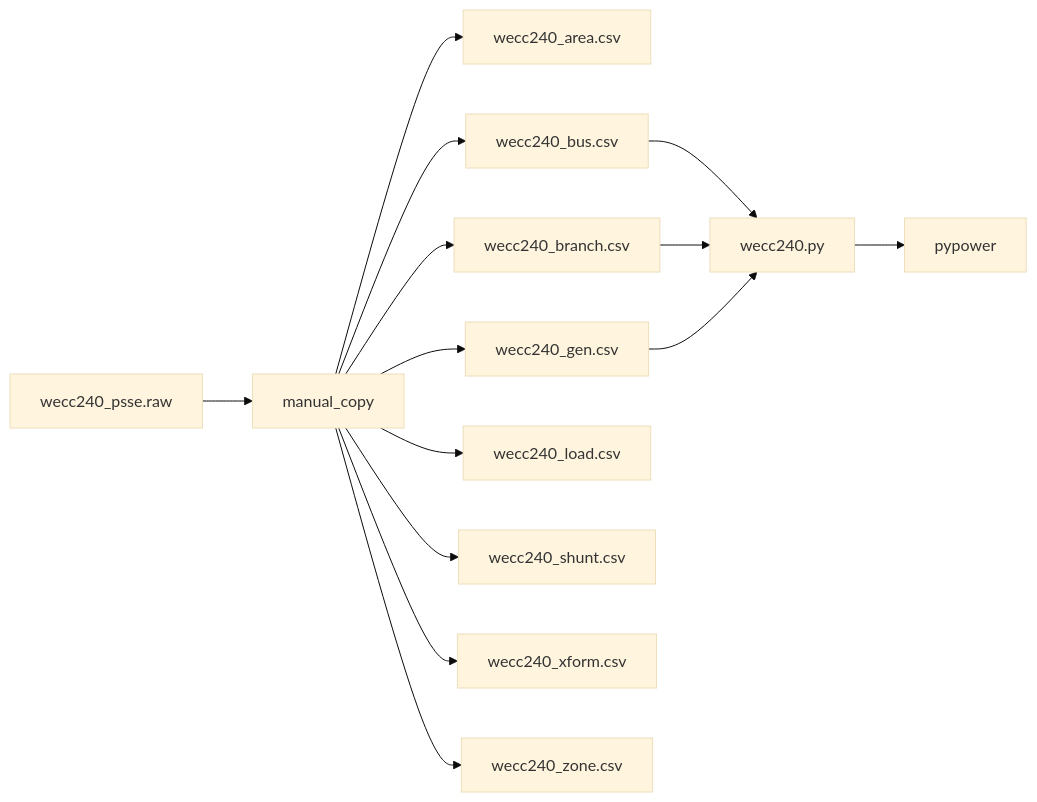
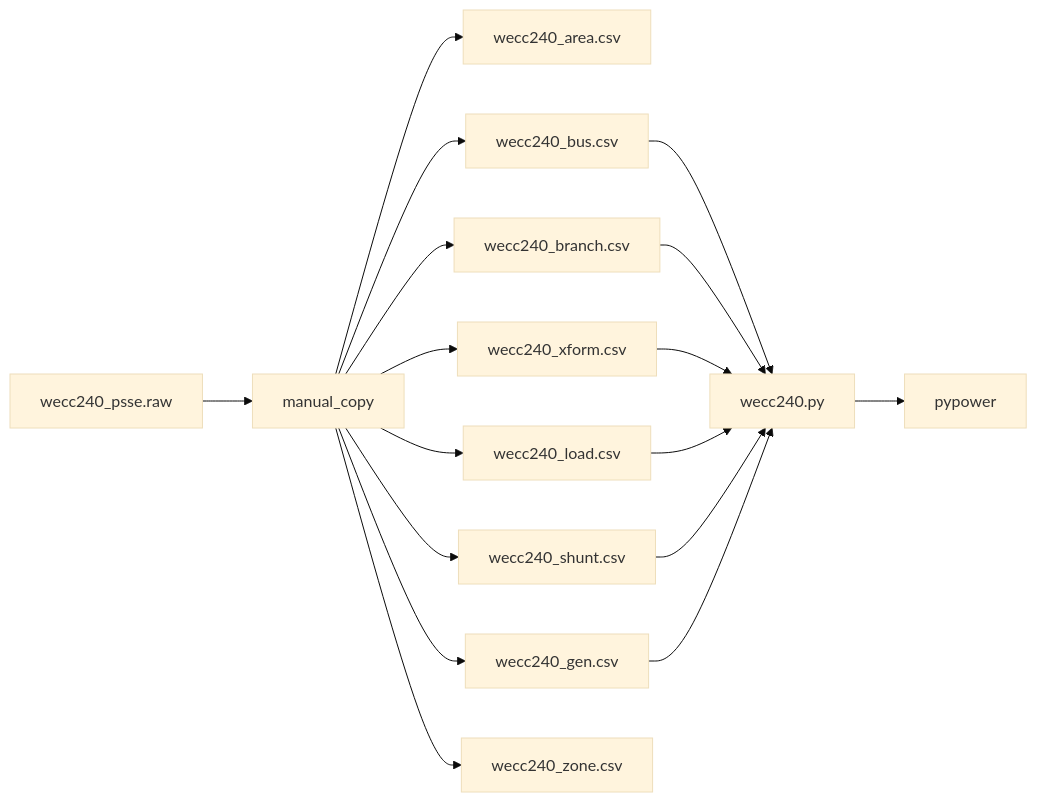
One commit to slacgismo/regrow changed the diagram in pypower/README.md. Above: the diagram before and after it, drawn with Mermaid (base theme). The commit also changed 9 other files, not shown here.

````diff
--- a/pypower/README.md
+++ b/pypower/README.md
@@ -1,19 +1,22 @@
 ```mermaid
 flowchart LR
     wecc240_psse.raw --> manual_copy
 
     manual_copy --> wecc240_area.csv
     manual_copy --> wecc240_bus.csv
     manual_copy --> wecc240_branch.csv
     manual_copy --> wecc240_gen.csv
     manual_copy --> wecc240_load.csv
     manual_copy --> wecc240_shunt.csv
     manual_copy --> wecc240_xform.csv
     manual_copy --> wecc240_zone.csv
 
     wecc240_bus.csv --> wecc240.py
     wecc240_branch.csv --> wecc240.py
+    wecc240_xform.csv --> wecc240.py
+    wecc240_load.csv --> wecc240.py
+    wecc240_shunt.csv --> wecc240.py
     wecc240_gen.csv --> wecc240.py
 
     wecc240.py --> pypower
 ```
````
